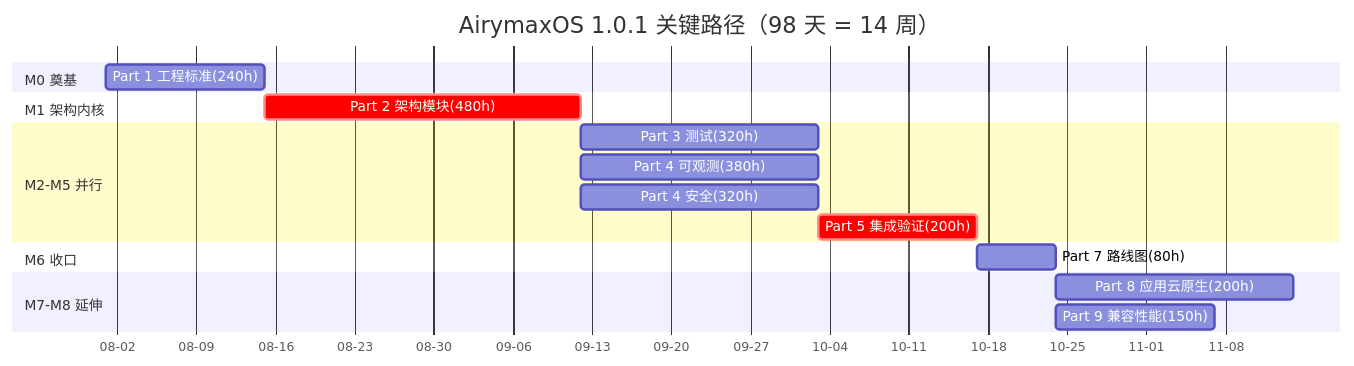
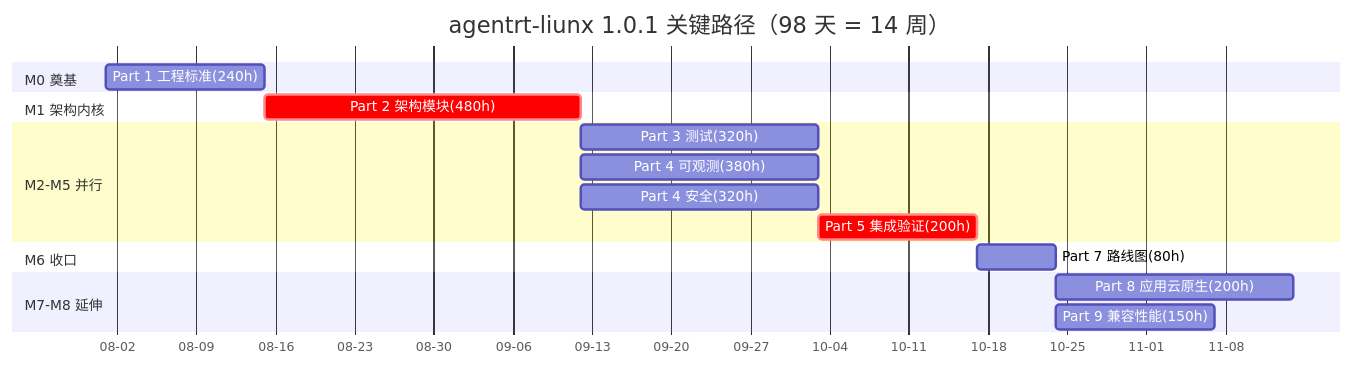
The fifth of 5 diagrams in AirymaxAgentOS/130-roadmap/03-resource-estimation.md (openairymax/docs), drawn with Mermaid before and after one commit. The commit also changed other lines of this file and 99 other files, not shown here.

````diff
--- a/AirymaxAgentOS/130-roadmap/03-resource-estimation.md
+++ b/AirymaxAgentOS/130-roadmap/03-resource-estimation.md
@@ -256,20 +256,20 @@
 ```mermaid
 gantt
-    title AirymaxOS 1.0.1 关键路径（98 天 = 14 周）
+    title agentrt-liunx 1.0.1 关键路径（98 天 = 14 周）
     dateFormat  YYYY-MM-DD
     axisFormat  %m-%d
     section M0 奠基
     Part 1 工程标准(240h) :m0, 2026-08-01, 14d
     section M1 架构内核
     Part 2 架构模块(480h)  :crit, m1, 2026-08-15, 28d
     section M2-M5 并行
     Part 3 测试(320h)      :m2, 2026-09-12, 21d
     Part 4 可观测(380h)    :m3, 2026-09-12, 21d
     Part 4 安全(320h)      :m4, 2026-09-12, 21d
     Part 5 集成验证(200h)  :crit, m5, 2026-10-03, 14d
     section M6 收口
     Part 7 路线图(80h)     :m6, 2026-10-17, 7d
     section M7-M8 延伸
     Part 8 应用云原生(200h) :m7, 2026-10-24, 21d
     Part 9 兼容性能(150h)   :m8, 2026-10-24, 14d
 ```
````
